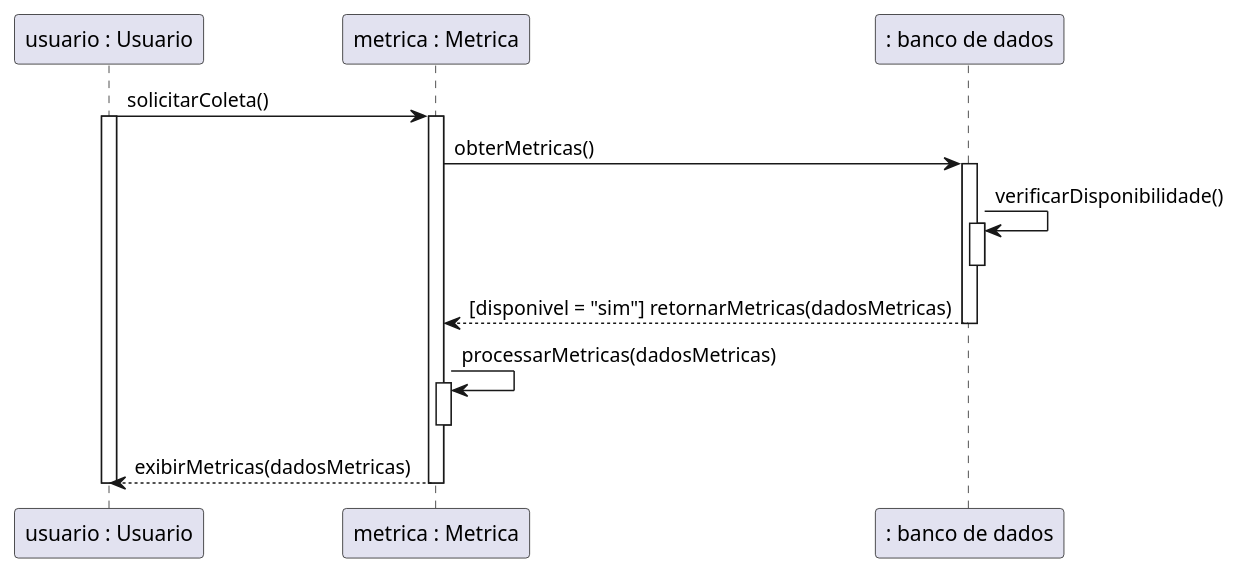
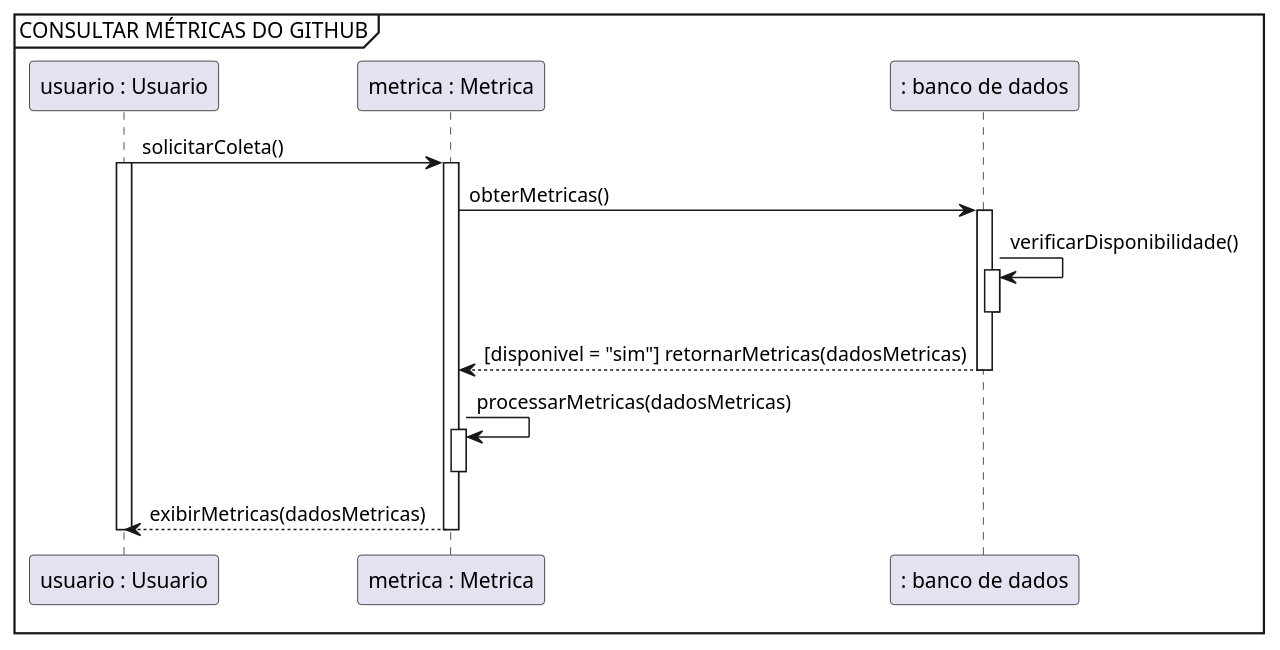
Before and after one commit to yurilsn/DiagramasUml: the diagram in Diagrama de Sequencia/sequencia_proj_final_c3.wsd, drawn with PlantUML. The commit also changed 4 other files, not shown here.

```diff
--- a/Diagrama de Sequencia/sequencia_proj_final_c3.wsd
+++ b/Diagrama de Sequencia/sequencia_proj_final_c3.wsd
@@ -1,28 +1,31 @@
 @startuml
-' CONSULTAR MÉTRICAS DO GITHUB
+
+
+mainframe CONSULTAR MÉTRICAS DO GITHUB
+
 
 "usuario : Usuario" as usuario -> "metrica : Metrica" as metrica : solicitarColeta()
 activate usuario
 activate metrica
 
 
 metrica -> ": banco de dados" as bd : obterMetricas()
 activate bd
 
 bd -> bd : verificarDisponibilidade()
 activate bd
 
 deactivate bd
 bd --> metrica : [disponivel = "sim"] retornarMetricas(dadosMetricas)
 deactivate bd
 
 metrica -> metrica : processarMetricas(dadosMetricas)
 activate metrica
 
 deactivate metrica
 metrica --> usuario : exibirMetricas(dadosMetricas)
 deactivate metrica
 
 deactivate usuario
 
 @enduml
```
